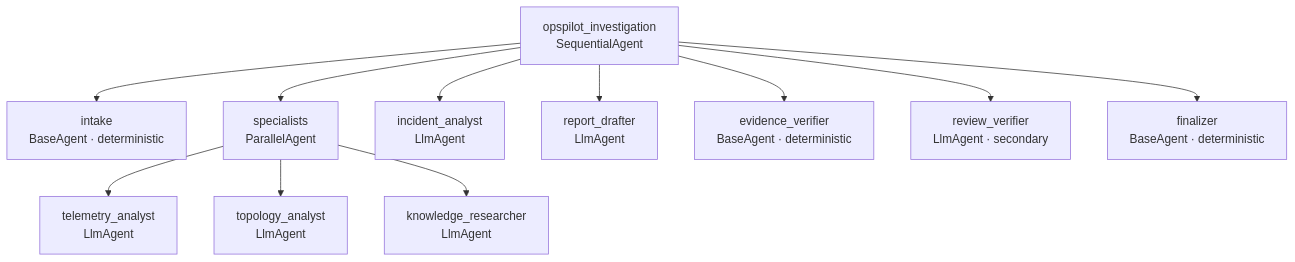
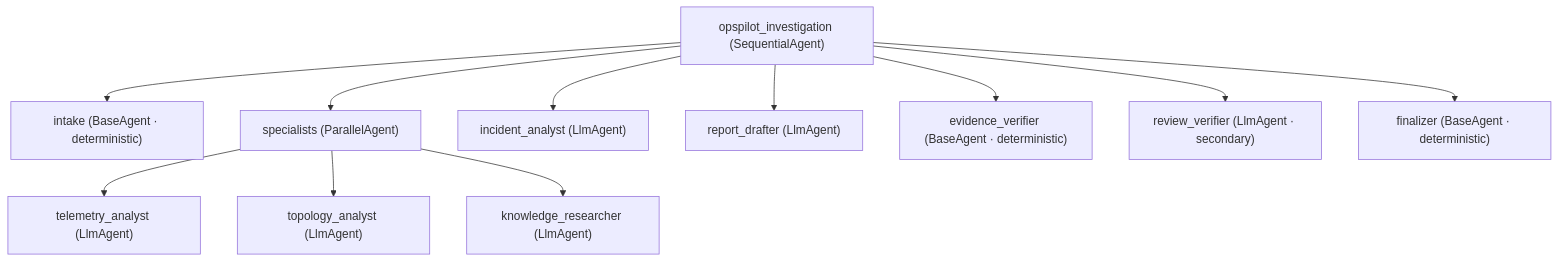
One commit to AshraHossain/agent-system changed the third of 5 diagrams in ARCHITECTURE.md. Above: the diagram before and after it, drawn with Mermaid. The commit also changed other lines of this file and 365 other files, not shown here.

Commit message:
feat(opspilot): align agent instructions, harden OWASP guardrails, freeze contracts, and upgrade enterprise docs

````diff
--- a/ARCHITECTURE.md
+++ b/ARCHITECTURE.md
@@ -24,14 +122,14 @@
 ```mermaid
-graph TD
-  ROOT["opspilot_investigation<br/>SequentialAgent"]
-  ROOT --> INTAKE["intake<br/>BaseAgent · deterministic"]
-  ROOT --> PAR["specialists<br/>ParallelAgent"]
-  PAR --> TEL["telemetry_analyst<br/>LlmAgent"]
-  PAR --> TOP["topology_analyst<br/>LlmAgent"]
-  PAR --> KNO["knowledge_researcher<br/>LlmAgent"]
-  ROOT --> INC["incident_analyst<br/>LlmAgent"]
-  ROOT --> DRAFT["report_drafter<br/>LlmAgent"]
-  ROOT --> VER["evidence_verifier<br/>BaseAgent · deterministic"]
-  ROOT --> REV["review_verifier<br/>LlmAgent · secondary"]
-  ROOT --> FIN["finalizer<br/>BaseAgent · deterministic"]
+flowchart TD
+    ROOT["opspilot_investigation (SequentialAgent)"]
+    ROOT --> INTAKE["intake (BaseAgent · deterministic)"]
+    ROOT --> PAR["specialists (ParallelAgent)"]
+    PAR --> TEL["telemetry_analyst (LlmAgent)"]
+    PAR --> TOP["topology_analyst (LlmAgent)"]
+    PAR --> KNO["knowledge_researcher (LlmAgent)"]
+    ROOT --> INC["incident_analyst (LlmAgent)"]
+    ROOT --> DRAFT["report_drafter (LlmAgent)"]
+    ROOT --> VER["evidence_verifier (BaseAgent · deterministic)"]
+    ROOT --> REV["review_verifier (LlmAgent · secondary)"]
+    ROOT --> FIN["finalizer (BaseAgent · deterministic)"]
 ```
````
